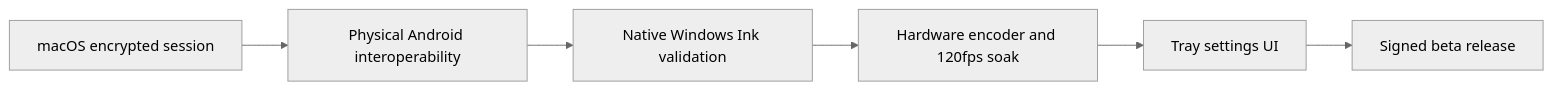
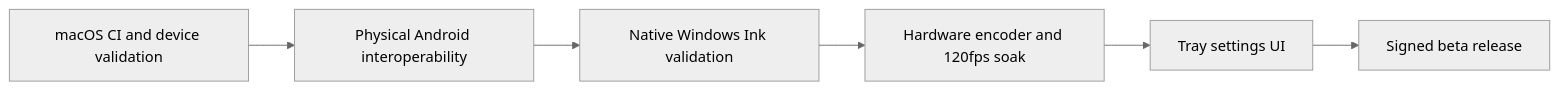
The fifth of 5 diagrams in README.md (lingmulongtai/GlyphRay), drawn with Mermaid (neutral theme) before and after one commit. The commit also changed other lines of this file and 60 other files, not shown here.

````diff
--- a/README.md
+++ b/README.md
@@ -313,8 +320,8 @@
 ```mermaid
 flowchart LR
-  A["macOS encrypted session"] --> B["Physical Android interoperability"]
+  A["macOS CI and device validation"] --> B["Physical Android interoperability"]
   B --> C["Native Windows Ink validation"]
   C --> D["Hardware encoder and 120fps soak"]
   D --> E["Tray settings UI"]
   E --> F["Signed beta release"]
 ```
````
